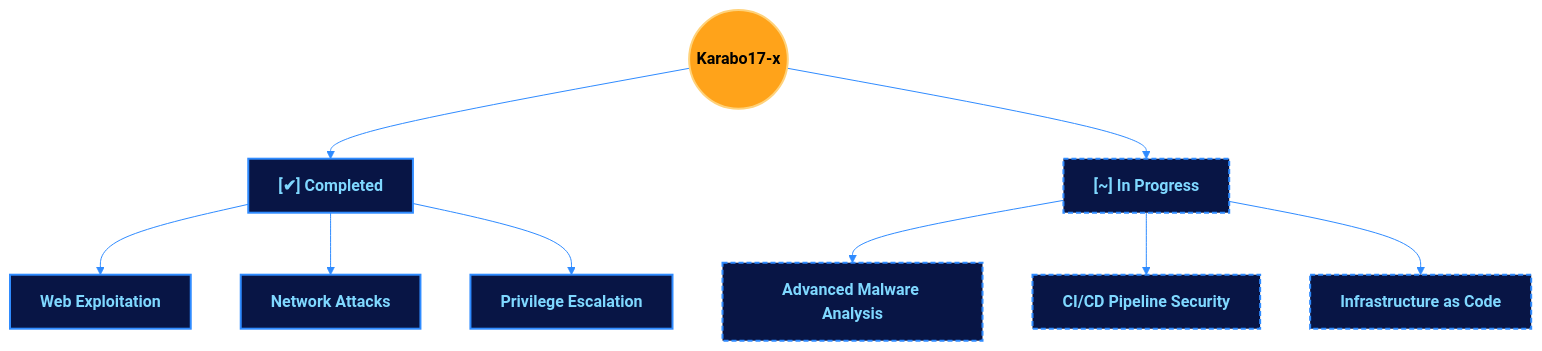
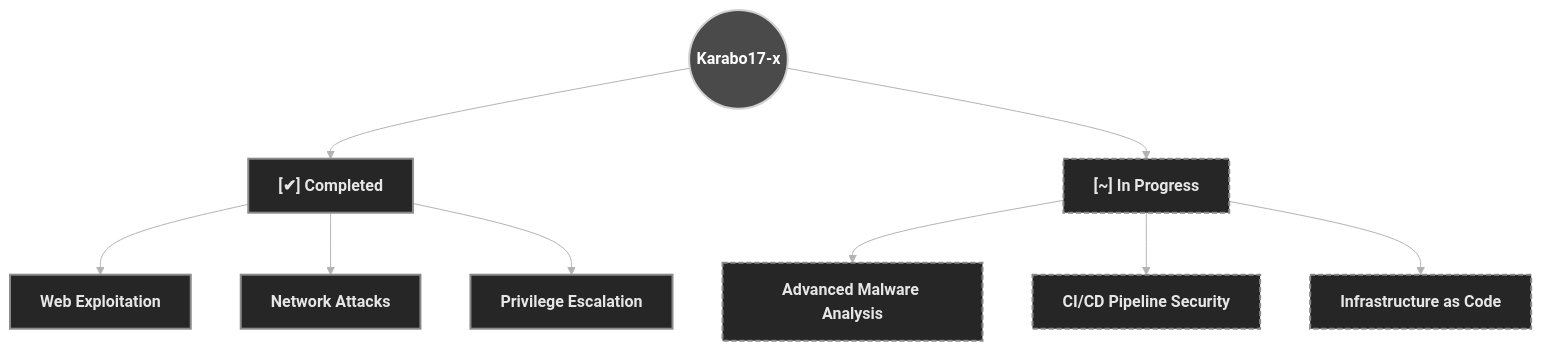
One commit to karabo17-x/karabo17-x changed the fourth of 5 diagrams in README.md. Above: the diagram before and after it, drawn with Mermaid. The commit also changed other lines of this file, not shown here.

````diff
--- a/README.md
+++ b/README.md
@@ -133,22 +133,22 @@
 ```mermaid
-%%{init: {'theme':'base','themeVariables':{'background':'#000000','primaryColor':'#081545','primaryTextColor':'#7fd8ff','primaryBorderColor':'#2f8bff','lineColor':'#2f8bff','secondaryColor':'#000000','tertiaryColor':'#000000','fontFamily':'Courier New, monospace'}}}%%
+%%{init: {'theme':'base','themeVariables':{'background':'#0d1117','primaryColor':'#262626','primaryTextColor':'#e6e6e6','primaryBorderColor':'#8a8a8a','lineColor':'#b3b3b3','secondaryColor':'#262626','tertiaryColor':'#161616','edgeLabelBackground':'#555555','fontFamily':'Courier New, monospace'}}}%%
 flowchart TB
     ME(("Karabo17-x"))
     ME --> DONE["[✔] Completed"]
     ME --> WIP["[~] In Progress"]
 
     DONE --> W1["Web Exploitation"]
     DONE --> W2["Network Attacks"]
     DONE --> W3["Privilege Escalation"]
 
     WIP --> P1["Advanced Malware Analysis"]
     WIP --> P2["CI/CD Pipeline Security"]
     WIP --> P3["Infrastructure as Code"]
 
-    classDef root fill:#ffa31a,stroke:#ffd27a,stroke-width:2px,color:#000000,font-weight:bold;
-    classDef done fill:#081545,stroke:#2f8bff,stroke-width:2px,color:#7fd8ff;
-    classDef wip fill:#081545,stroke:#2f8bff,stroke-width:2px,stroke-dasharray:5 3,color:#7fd8ff;
+    classDef root fill:#4a4a4a,stroke:#d0d0d0,stroke-width:2px,color:#ffffff,font-weight:bold;
+    classDef done fill:#262626,stroke:#8a8a8a,stroke-width:2px,color:#e6e6e6;
+    classDef wip fill:#262626,stroke:#8a8a8a,stroke-width:2px,stroke-dasharray:5 3,color:#e6e6e6;
     class ME root;
     class DONE,W1,W2,W3 done;
     class WIP,P1,P2,P3 wip;
 ```
````
